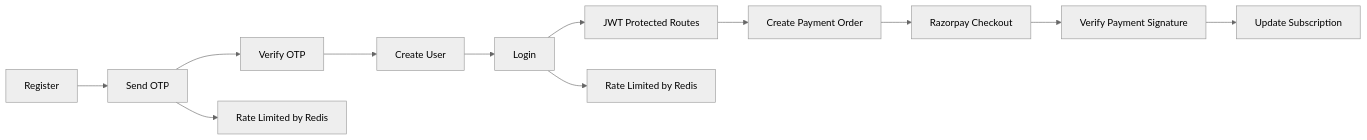
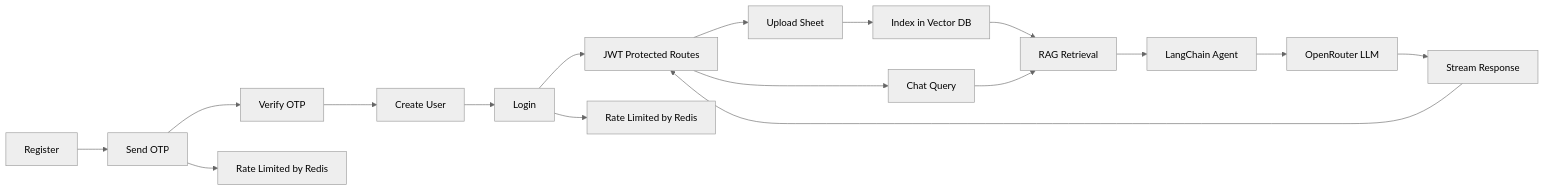
One commit to AtulYadavCodes/SheetXray changed the diagram in README.md. Above: the diagram before and after it, drawn with Mermaid (neutral theme). The commit also changed other lines of this file, not shown here.

````diff
--- a/README.md
+++ b/README.md
@@ -30,14 +63,19 @@
 ```mermaid
 flowchart LR
 		A[Register] --> B[Send OTP]
 		B --> C[Verify OTP]
 		C --> D[Create User]
 		D --> E[Login]
 		E --> F[JWT Protected Routes]
 		E --> G[Rate Limited by Redis]
 		B --> H[Rate Limited by Redis]
-		F --> I[Create Payment Order]
-		I --> J[Razorpay Checkout]
-		J --> K[Verify Payment Signature]
-		K --> L[Update Subscription]
+		F --> I[Upload Sheet]
+		I --> J[Index in Vector DB]
+		F --> K[Chat Query]
+		J --> L[RAG Retrieval]
+		K --> L
+		L --> M[LangChain Agent]
+		M --> N[OpenRouter LLM]
+		N --> O[Stream Response]
+		O --> F
 ```
````
